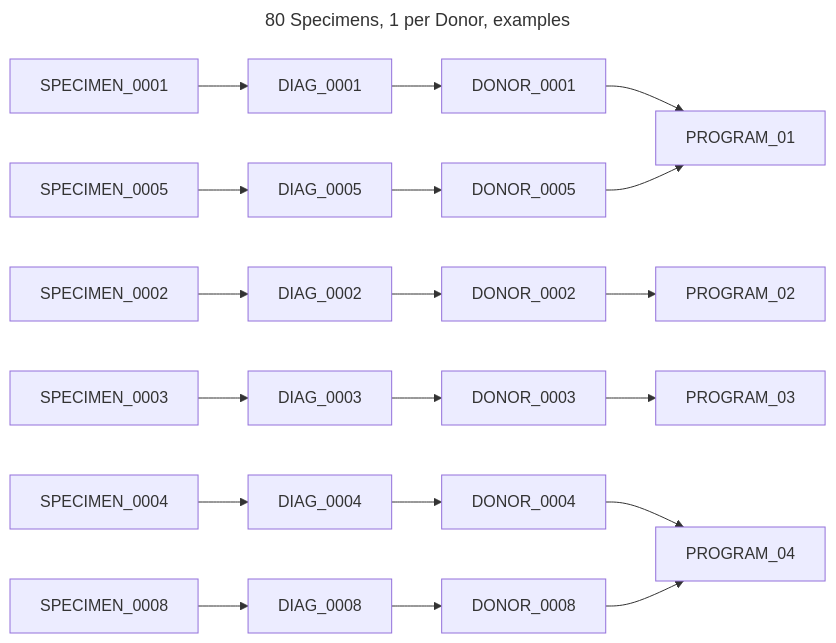
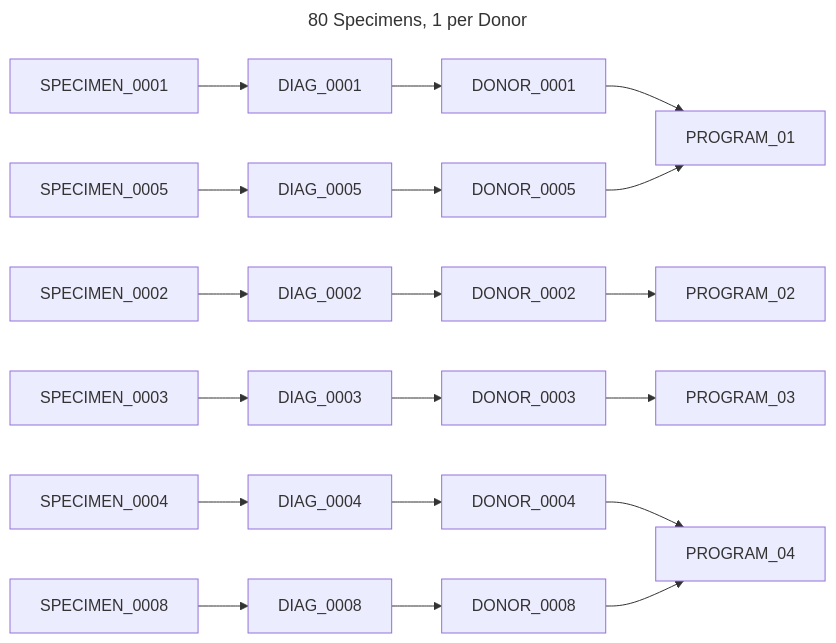
Before and after one commit to CanDIG/katsu: the third of 13 diagrams in chord_metadata_service/mohpackets/data/small_dataset/README.md, drawn with Mermaid. The commit also changed other lines of this file, not shown here.

Commit message:
adjust sample graph

````diff
--- a/chord_metadata_service/mohpackets/data/small_dataset/README.md
+++ b/chord_metadata_service/mohpackets/data/small_dataset/README.md
@@ -51,12 +49,12 @@
 ```mermaid
 ---
-title: 80 Specimens, 1 per Donor, examples
+title: 80 Specimens, 1 per Donor
 ---
 graph LR;  
   SPECIMEN_0001 --> DIAG_0001 --> DONOR_0001 --> PROGRAM_01;  
   SPECIMEN_0005 --> DIAG_0005 --> DONOR_0005 --> PROGRAM_01;  
   SPECIMEN_0002 --> DIAG_0002 --> DONOR_0002 --> PROGRAM_02;  
   SPECIMEN_0003 --> DIAG_0003 --> DONOR_0003 --> PROGRAM_03;  
   SPECIMEN_0004 --> DIAG_0004 --> DONOR_0004 --> PROGRAM_04;
   SPECIMEN_0008 --> DIAG_0008 --> DONOR_0008 --> PROGRAM_04;
 ```
````
